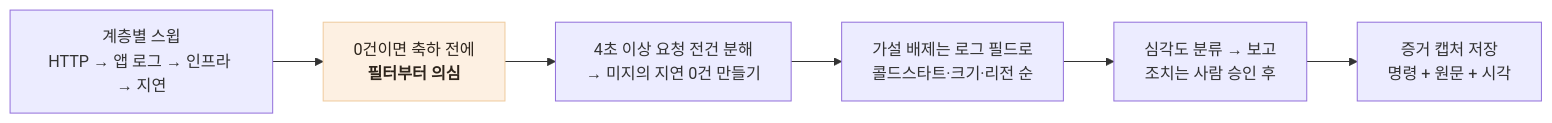
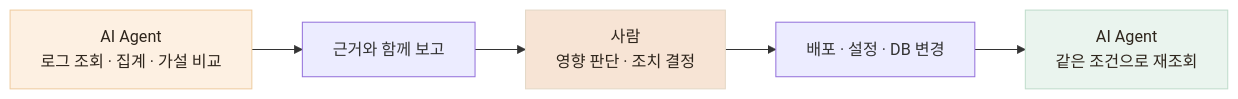
Before and after one commit to Jinacker/PortFolio: the diagram in public/mds/katsu-map/ops-agent.md, drawn with Mermaid. The commit also changed other lines of this file and 1 other file, not shown here.

````diff
--- a/public/mds/katsu-map/ops-agent.md
+++ b/public/mds/katsu-map/ops-agent.md
@@ -30,10 +27,11 @@
 ```mermaid
 flowchart LR
-    A["계층별 스윕<br/>HTTP → 앱 로그 → 인프라 → 지연"] --> B["0건이면 축하 전에<br/><b>필터부터 의심</b>"]
-    B --> C["4초 이상 요청 전건 분해<br/>→ 미지의 지연 0건 만들기"]
-    C --> D["가설 배제는 로그 필드로<br/>콜드스타트·크기·리전 순"]
-    D --> E["심각도 분류 → 보고<br/>조치는 사람 승인 후"]
-    E --> F["증거 캡처 저장<br/>명령 + 원문 + 시각"]
+    A["AI Agent<br/>로그 조회 · 집계 · 가설 비교"] --> B["근거와 함께 보고"]
+    B --> C["사람<br/>영향 판단 · 조치 결정"]
+    C --> D["배포 · 설정 · DB 변경"]
+    D --> E["AI Agent<br/>같은 조건으로 재조회"]
 
-    style B fill:#FDF0E2,stroke:#EFCB9E,color:#2E251C
+    style A fill:#FDF0E2,stroke:#EFCB9E,color:#2E251C
+    style C fill:#F7E4D5,stroke:#E4D8C6,color:#2E251C
+    style E fill:#EAF4EE,stroke:#BFDCCB,color:#2E251C
 ```
````
